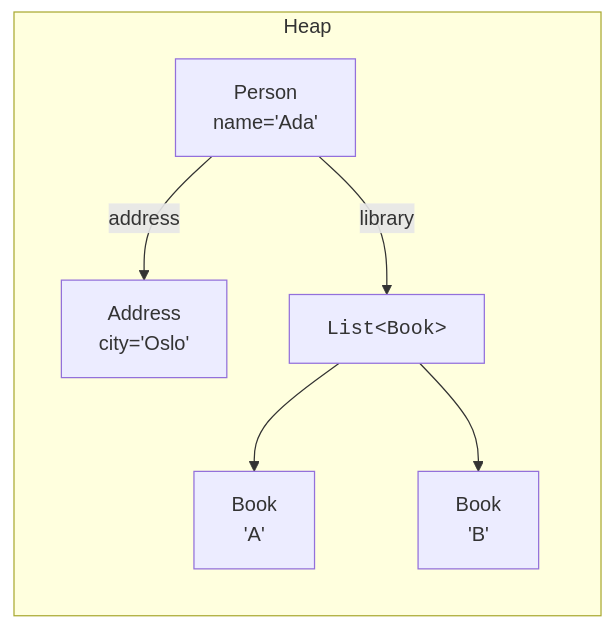
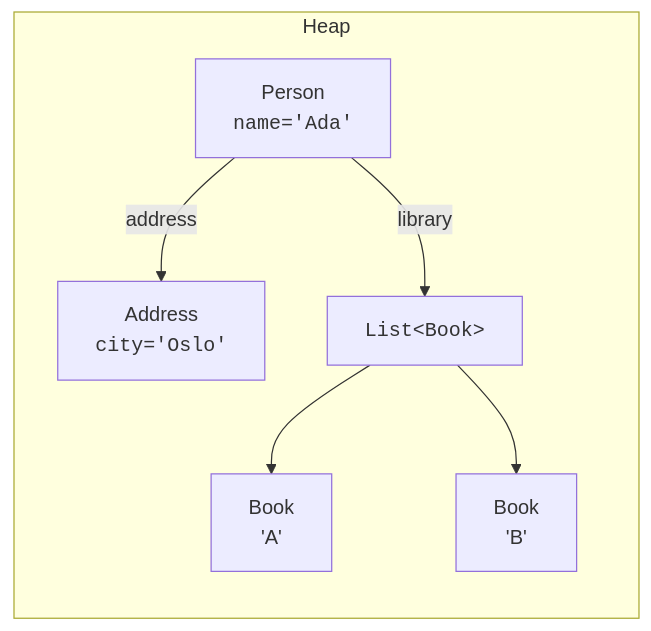
One commit to dataslope/dataslope changed the seventh of 7 diagrams in content/learn/oop-blueprint-java/objects-in-memory.mdx. Above: the diagram before and after it, drawn with Mermaid. The commit also changed other lines of this file and 100 other files, not shown here.

First line of the commit message:
Wrap more code in diagram labels: filenames, hex, assignments, subgraph titles

````diff
--- a/content/learn/oop-blueprint-java/objects-in-memory.mdx
+++ b/content/learn/oop-blueprint-java/objects-in-memory.mdx
@@ -282,14 +282,14 @@
 ```mermaid
 flowchart LR
     subgraph Heap
-      P["Person<br/>name='Ada'"]
-      A["Address<br/>city='Oslo'"]
+      P["Person<br/><code>name='Ada'</code>"]
+      A["Address<br/><code>city='Oslo'</code>"]
       L["<code>List&lt;Book&gt;</code>"]
       B1["Book<br/>'A'"]
       B2["Book<br/>'B'"]
     end
     P -->|address| A
     P -->|library| L
     L --> B1
     L --> B2
 ```
````
